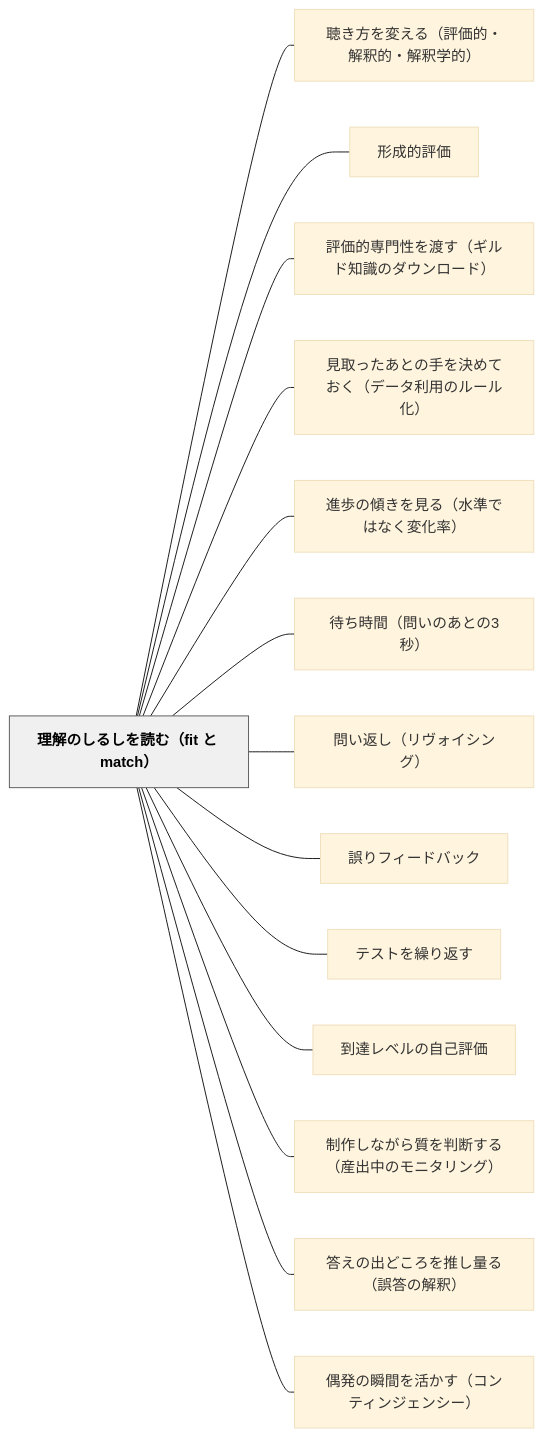
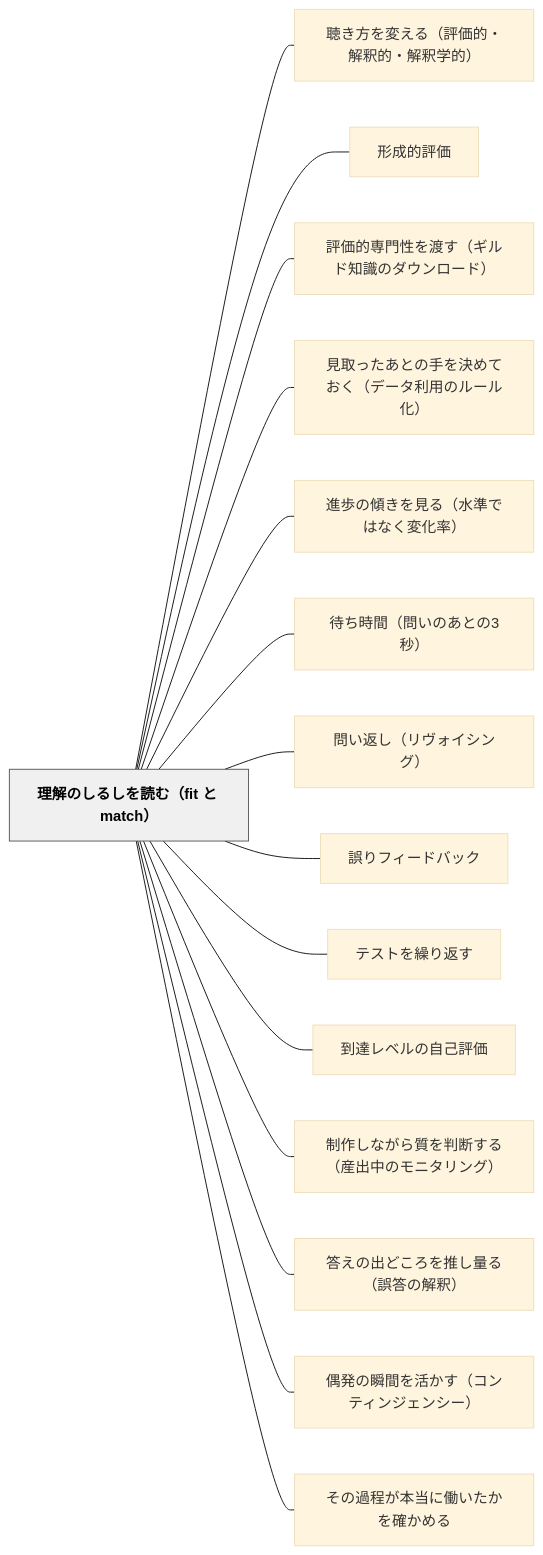
One commit to unknownthings-ed-patterns/unknownthings-ed-patterns changed the diagram in content/パタン/理解のしるしを読む（fit と match）.md. Above: the diagram before and after it, drawn with Mermaid (base theme). The commit also changed other lines of this file and 9 other files, not shown here.

````diff
--- a/content/パタン/理解のしるしを読む（fit と match）.md
+++ b/content/パタン/理解のしるしを読む（fit と match）.md
@@ -202,34 +205,36 @@
 ```mermaid
 flowchart LR
     ne79086e8a7a3e381aee38197e3828be38197e38292e8aaade38280efbc8866697420e381a8206d61746368efbc89["理解のしるしを読む（fit と match）"]
     ne881b4e3818de696b9e38292e5a489e38188e3828befbc88e8a995e4bea1e79a84e383bbe8a7a3e98788e79a84e383bbe8a7a3e98788e5ada6e79a84efbc89["聴き方を変える（評価的・解釈的・解釈学的）"]
     ne5bda2e68890e79a84e8a995e4bea1["形成的評価"]
     ne8a995e4bea1e79a84e5b082e99680e680a7e38292e6b8a1e38199efbc88e382aee383abe38389e79fa5e8ad98e381aee38380e382a6e383b3e383ade383bce38389efbc89["評価的専門性を渡す（ギルド知識のダウンロード）"]
     ne8a68be58f96e381a3e3819fe38182e381a8e381aee6898be38292e6b1bae38281e381a6e3818ae3818fefbc88e38387e383bce382bfe588a9e794a8e381aee383abe383bce383abe58c96efbc89["見取ったあとの手を決めておく（データ利用のルール化）"]
     ne980b2e6ada9e381aee582bee3818de38292e8a68be3828befbc88e6b0b4e6ba96e381a7e381afe381aae3818fe5a489e58c96e78e87efbc89["進歩の傾きを見る（水準ではなく変化率）"]
     ne5be85e381a1e69982e99693efbc88e5958fe38184e381aee38182e381a8e381ae33e7a792efbc89["待ち時間（問いのあとの3秒）"]
     ne5958fe38184e8bf94e38197efbc88e383aae383b4e382a9e382a4e382b7e383b3e382b0efbc89["問い返し（リヴォイシング）"]
     ne8aaa4e3828ae38395e382a3e383bce38389e38390e38383e382af["誤りフィードバック"]
     ne38386e382b9e38388e38292e7b9b0e3828ae8bf94e38199["テストを繰り返す"]
     ne588b0e98194e383ace38399e383abe381aee887aae5b7b1e8a995e4bea1["到達レベルの自己評価"]
     ne588b6e4bd9ce38197e381aae3818ce38289e8b3aae38292e588a4e696ade38199e3828befbc88e794a3e587bae4b8ade381aee383a2e3838be382bfe383aae383b3e382b0efbc89["制作しながら質を判断する（産出中のモニタリング）"]
     ne7ad94e38188e381aee587bae381a9e38193e3828de38292e68ea8e38197e9878fe3828befbc88e8aaa4e7ad94e381aee8a7a3e98788efbc89["答えの出どころを推し量る（誤答の解釈）"]
     ne581b6e799bae381aee79eace99693e38292e6b4bbe3818be38199efbc88e382b3e383b3e38386e382a3e383b3e382b8e382a7e383b3e382b7e383bcefbc89["偶発の瞬間を活かす（コンティンジェンシー）"]
+    ne3819de381aee9818ee7a88be3818ce69cace5bd93e381abe5838de38184e3819fe3818be38292e7a2bae3818be38281e3828b["その過程が本当に働いたかを確かめる"]
 
     ne79086e8a7a3e381aee38197e3828be38197e38292e8aaade38280efbc8866697420e381a8206d61746368efbc89 --- ne881b4e3818de696b9e38292e5a489e38188e3828befbc88e8a995e4bea1e79a84e383bbe8a7a3e98788e79a84e383bbe8a7a3e98788e5ada6e79a84efbc89
     ne79086e8a7a3e381aee38197e3828be38197e38292e8aaade38280efbc8866697420e381a8206d61746368efbc89 --- ne5bda2e68890e79a84e8a995e4bea1
     ne79086e8a7a3e381aee38197e3828be38197e38292e8aaade38280efbc8866697420e381a8206d61746368efbc89 --- ne8a995e4bea1e79a84e5b082e99680e680a7e38292e6b8a1e38199efbc88e382aee383abe38389e79fa5e8ad98e381aee38380e382a6e383b3e383ade383bce38389efbc89
     ne79086e8a7a3e381aee38197e3828be38197e38292e8aaade38280efbc8866697420e381a8206d61746368efbc89 --- ne8a68be58f96e381a3e3819fe38182e381a8e381aee6898be38292e6b1bae38281e381a6e3818ae3818fefbc88e38387e383bce382bfe588a9e794a8e381aee383abe383bce383abe58c96efbc89
     ne79086e8a7a3e381aee38197e3828be38197e38292e8aaade38280efbc8866697420e381a8206d61746368efbc89 --- ne980b2e6ada9e381aee582bee3818de38292e8a68be3828befbc88e6b0b4e6ba96e381a7e381afe381aae3818fe5a489e58c96e78e87efbc89
     ne79086e8a7a3e381aee38197e3828be38197e38292e8aaade38280efbc8866697420e381a8206d61746368efbc89 --- ne5be85e381a1e69982e99693efbc88e5958fe38184e381aee38182e381a8e381ae33e7a792efbc89
     ne79086e8a7a3e381aee38197e3828be38197e38292e8aaade38280efbc8866697420e381a8206d61746368efbc89 --- ne5958fe38184e8bf94e38197efbc88e383aae383b4e382a9e382a4e382b7e383b3e382b0efbc89
     ne79086e8a7a3e381aee38197e3828be38197e38292e8aaade38280efbc8866697420e381a8206d61746368efbc89 --- ne8aaa4e3828ae38395e382a3e383bce38389e38390e38383e382af
     ne79086e8a7a3e381aee38197e3828be38197e38292e8aaade38280efbc8866697420e381a8206d61746368efbc89 --- ne38386e382b9e38388e38292e7b9b0e3828ae8bf94e38199
     ne79086e8a7a3e381aee38197e3828be38197e38292e8aaade38280efbc8866697420e381a8206d61746368efbc89 --- ne588b0e98194e383ace38399e383abe381aee887aae5b7b1e8a995e4bea1
     ne79086e8a7a3e381aee38197e3828be38197e38292e8aaade38280efbc8866697420e381a8206d61746368efbc89 --- ne588b6e4bd9ce38197e381aae3818ce38289e8b3aae38292e588a4e696ade38199e3828befbc88e794a3e587bae4b8ade381aee383a2e3838be382bfe383aae383b3e382b0efbc89
     ne79086e8a7a3e381aee38197e3828be38197e38292e8aaade38280efbc8866697420e381a8206d61746368efbc89 --- ne7ad94e38188e381aee587bae381a9e38193e3828de38292e68ea8e38197e9878fe3828befbc88e8aaa4e7ad94e381aee8a7a3e98788efbc89
     ne79086e8a7a3e381aee38197e3828be38197e38292e8aaade38280efbc8866697420e381a8206d61746368efbc89 --- ne581b6e799bae381aee79eace99693e38292e6b4bbe3818be38199efbc88e382b3e383b3e38386e382a3e383b3e382b8e382a7e383b3e382b7e383bcefbc89
+    ne79086e8a7a3e381aee38197e3828be38197e38292e8aaade38280efbc8866697420e381a8206d61746368efbc89 --- ne3819de381aee9818ee7a88be3818ce69cace5bd93e381abe5838de38184e3819fe3818be38292e7a2bae3818be38281e3828b
 
     classDef hub fill:#f0f0f0,stroke:#555,color:#000,font-weight:bold
     class ne79086e8a7a3e381aee38197e3828be38197e38292e8aaade38280efbc8866697420e381a8206d61746368efbc89 hub
 ```
````
